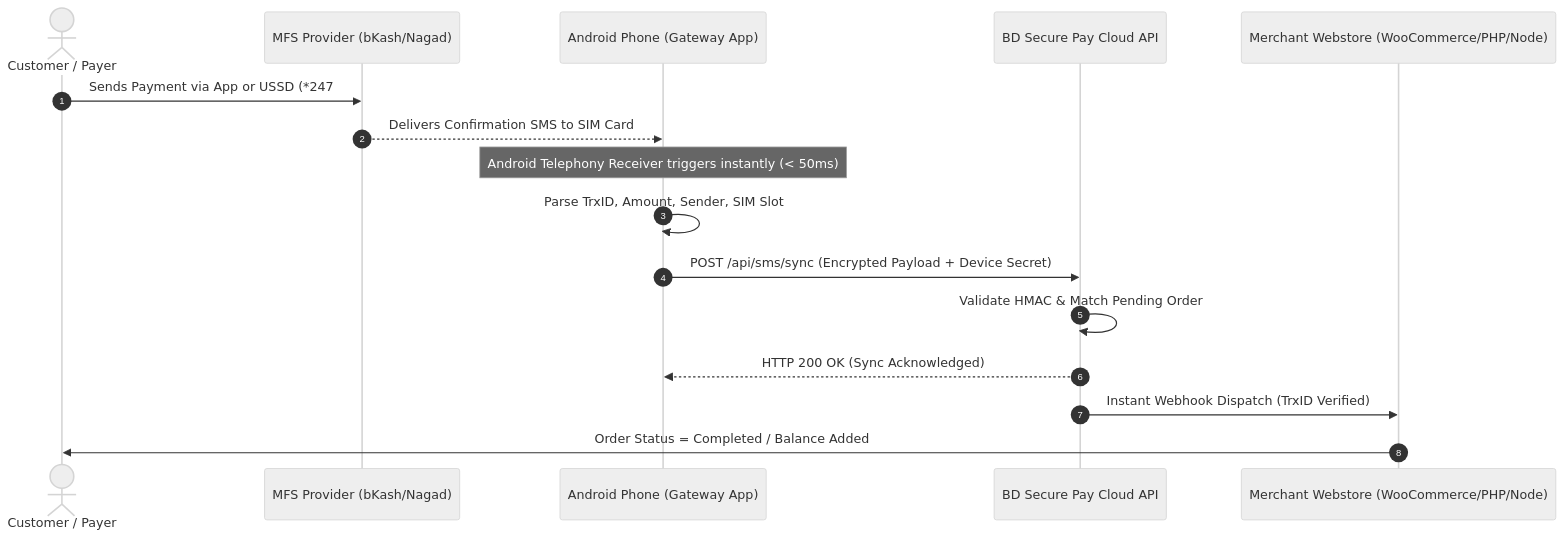
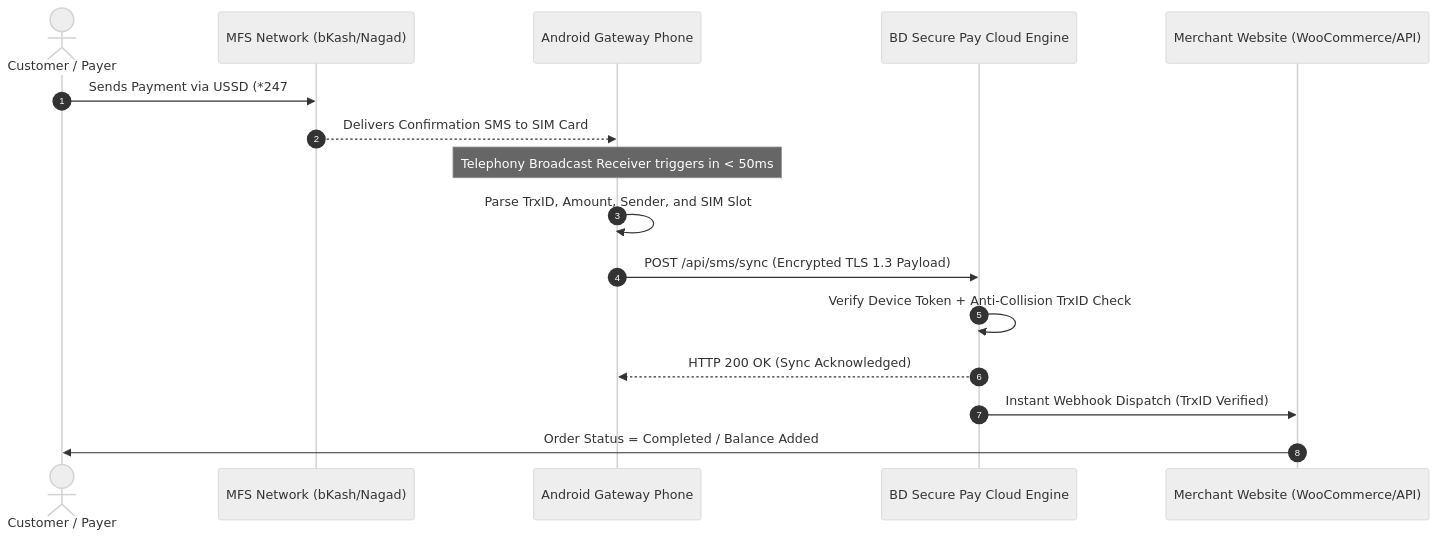
The diagram in README.md (bdhostorg/bdsecurepay), drawn with Mermaid (neutral theme) before and after one commit. The commit also changed other lines of this file, not shown here.

````diff
--- a/README.md
+++ b/README.md
@@ -106,19 +128,19 @@
 ```mermaid
 sequenceDiagram
     autonumber
     actor Customer as Customer / Payer
-    participant MFS as MFS Provider (bKash/Nagad)
-    participant Device as Android Phone (Gateway App)
-    participant Cloud as BD Secure Pay Cloud API
-    participant Store as Merchant Webstore (WooCommerce/PHP/Node)
+    participant MFS as MFS Network (bKash/Nagad)
+    participant Device as Android Gateway Phone
+    participant Cloud as BD Secure Pay Cloud Engine
+    participant Merchant as Merchant Website (WooCommerce/API)
 
-    Customer->>MFS: Sends Payment via App or USSD (*247# / *167#)
+    Customer->>MFS: Sends Payment via USSD (*247# / *167#) or Mobile App
     MFS-->>Device: Delivers Confirmation SMS to SIM Card
-    Note over Device: Android Telephony Receiver triggers instantly (< 50ms)
-    Device->>Device: Parse TrxID, Amount, Sender, SIM Slot
-    Device->>Cloud: POST /api/sms/sync (Encrypted Payload + Device Secret)
-    Cloud->>Cloud: Validate HMAC & Match Pending Order
+    Note over Device: Telephony Broadcast Receiver triggers in < 50ms
+    Device->>Device: Parse TrxID, Amount, Sender, and SIM Slot
+    Device->>Cloud: POST /api/sms/sync (Encrypted TLS 1.3 Payload)
+    Cloud->>Cloud: Verify Device Token + Anti-Collision TrxID Check
     Cloud-->>Device: HTTP 200 OK (Sync Acknowledged)
-    Cloud->>Store: Instant Webhook Dispatch (TrxID Verified)
-    Store->>Customer: Order Status = Completed / Balance Added
+    Cloud->>Merchant: Instant Webhook Dispatch (TrxID Verified)
+    Merchant->>Customer: Order Status = Completed / Balance Added
 ```
````
